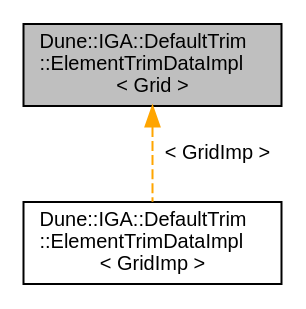
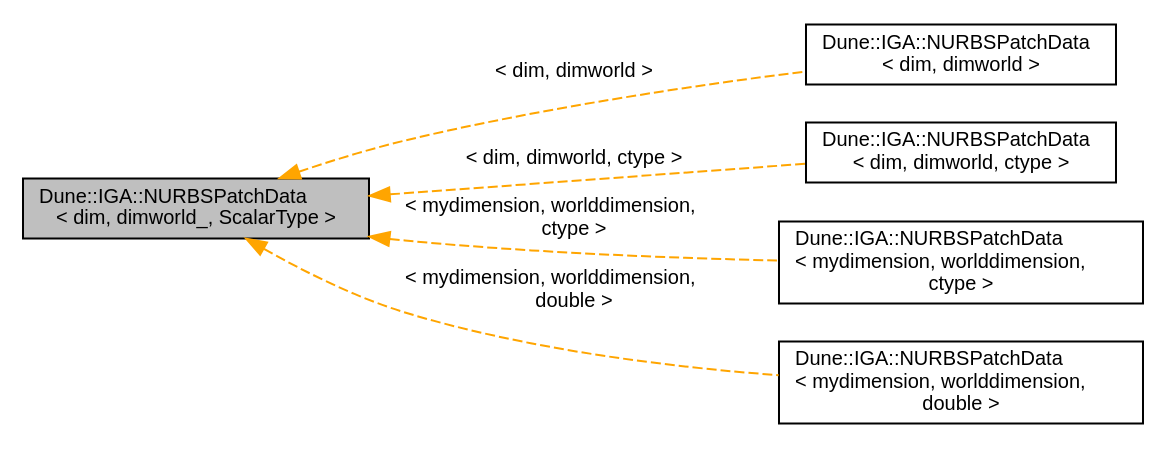
The diagram in d6/d2f/a01394.dot (rath3t/dune-iga-doc), drawn with Graphviz before and after one commit. The commit also changed 905 other files, not shown here.

Commit message:
deploy: rath3t/dune-iga@d8a44eca90f25a5ae209474fbb29074a41c174b0

```diff
--- a/d6/d2f/a01394.dot
+++ b/d6/d2f/a01394.dot
@@ -1,9 +1,16 @@
-digraph "Dune::IGA::DefaultTrim::ElementTrimDataImpl&lt; Grid &gt;"
+digraph "Dune::IGA::NURBSPatchData&lt; dim, dimworld_, ScalarType &gt;"
 {
  // LATEX_PDF_SIZE
   edge [fontname="Helvetica",fontsize="10",labelfontname="Helvetica",labelfontsize="10"];
   node [fontname="Helvetica",fontsize="10",shape=record];
-  Node1 [label="Dune::IGA::DefaultTrim\l::ElementTrimDataImpl\l\< Grid \>",height=0.2,width=0.4,color="black", fillcolor="grey75", style="filled", fontcolor="black",tooltip=" "];
-  Node1 -> Node2 [dir="back",color="orange",fontsize="10",style="dashed",label=" \< GridImp \>" ,fontname="Helvetica"];
-  Node2 [label="Dune::IGA::DefaultTrim\l::ElementTrimDataImpl\l\< GridImp \>",height=0.2,width=0.4,color="black", fillcolor="white", style="filled",URL="$d2/df5/a01395.html",tooltip=" "];
+  rankdir="LR";
+  Node1 [label="Dune::IGA::NURBSPatchData\l\< dim, dimworld_, ScalarType \>",height=0.2,width=0.4,color="black", fillcolor="grey75", style="filled", fontcolor="black",tooltip="Struct that holds all data regarding the NURBS geometric structure."];
+  Node1 -> Node2 [dir="back",color="orange",fontsize="10",style="dashed",label=" \< dim, dimworld \>" ,fontname="Helvetica"];
+  Node2 [label="Dune::IGA::NURBSPatchData\l\< dim, dimworld \>",height=0.2,width=0.4,color="black", fillcolor="white", style="filled",URL="$d2/df5/a01395.html",tooltip=" "];
+  Node1 -> Node3 [dir="back",color="orange",fontsize="10",style="dashed",label=" \< dim, dimworld, ctype \>" ,fontname="Helvetica"];
+  Node3 [label="Dune::IGA::NURBSPatchData\l\< dim, dimworld, ctype \>",height=0.2,width=0.4,color="black", fillcolor="white", style="filled",URL="$d2/df5/a01395.html",tooltip=" "];
+  Node1 -> Node4 [dir="back",color="orange",fontsize="10",style="dashed",label=" \< mydimension, worlddimension,\l ctype \>" ,fontname="Helvetica"];
+  Node4 [label="Dune::IGA::NURBSPatchData\l\< mydimension, worlddimension,\l ctype \>",height=0.2,width=0.4,color="black", fillcolor="white", style="filled",URL="$d2/df5/a01395.html",tooltip=" "];
+  Node1 -> Node5 [dir="back",color="orange",fontsize="10",style="dashed",label=" \< mydimension, worlddimension,\l double \>" ,fontname="Helvetica"];
+  Node5 [label="Dune::IGA::NURBSPatchData\l\< mydimension, worlddimension,\l double \>",height=0.2,width=0.4,color="black", fillcolor="white", style="filled",URL="$d2/df5/a01395.html",tooltip=" "];
 }
```
